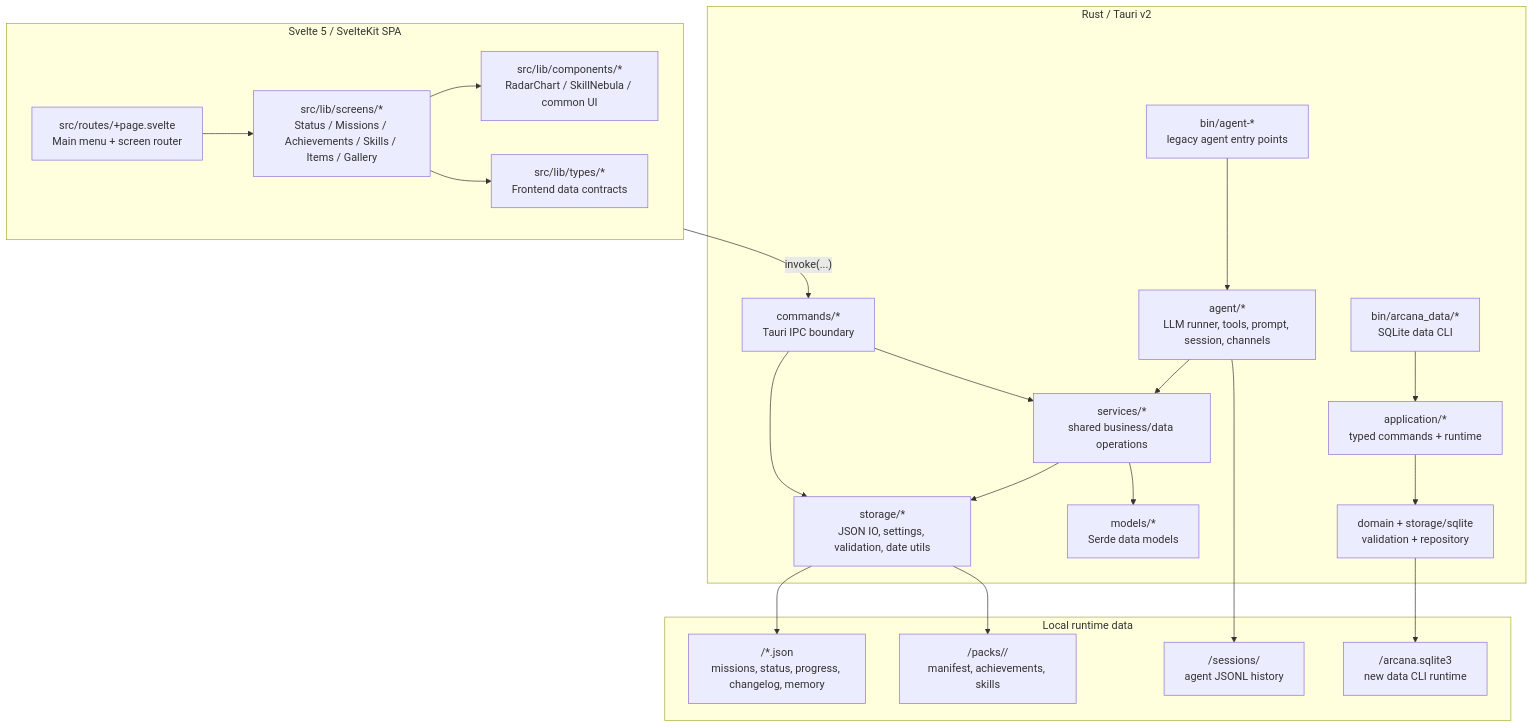
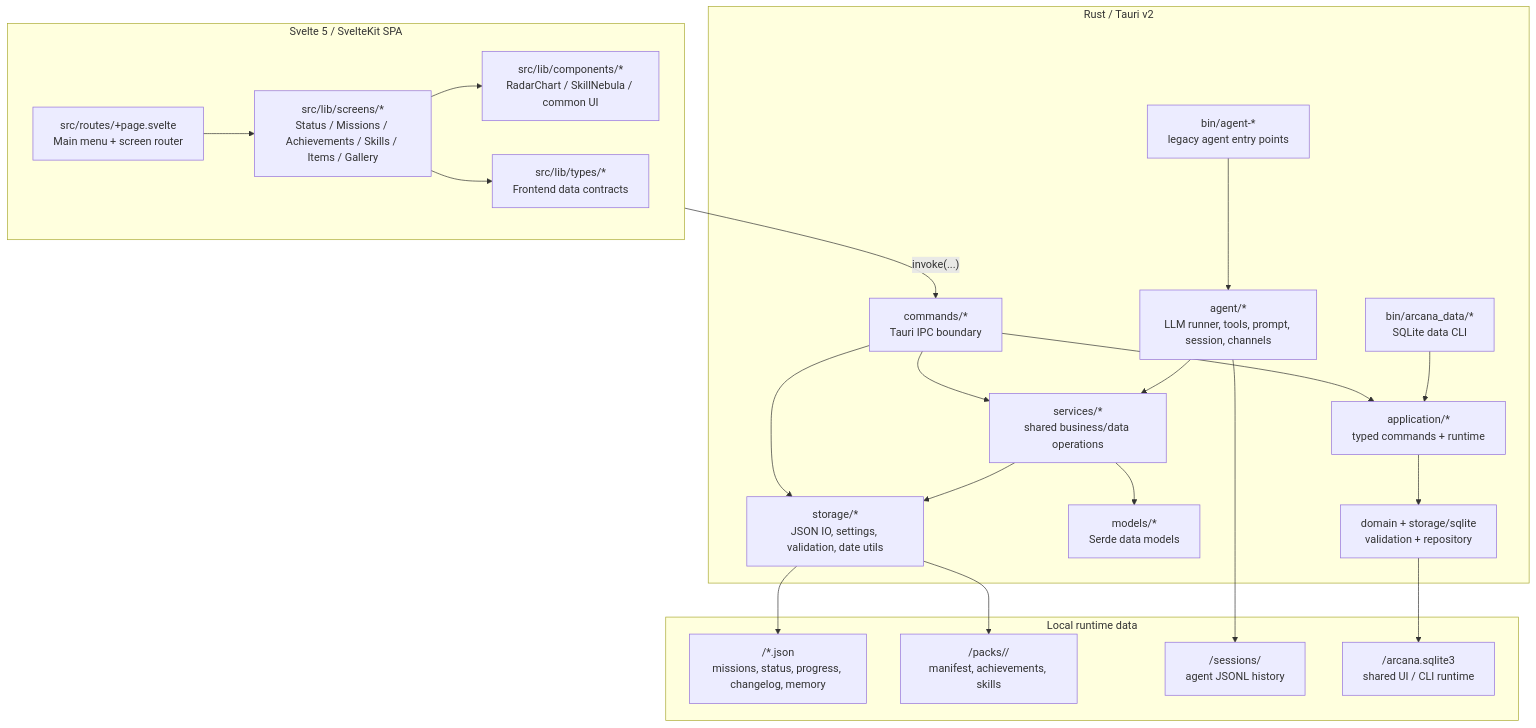
The first of 4 diagrams in docs/architecture.md (FollyCoolly/Arcana), drawn with Mermaid before and after one commit. The commit also changed other lines of this file and 27 other files, not shown here.

````diff
--- a/docs/architecture.md
+++ b/docs/architecture.md
@@ -28,45 +28,46 @@
 ```mermaid
 flowchart TB
     subgraph Frontend["Svelte 5 / SvelteKit SPA"]
         Main["src/routes/+page.svelte\nMain menu + screen router"]
         Screens["src/lib/screens/*\nStatus / Missions / Achievements / Skills / Items / Gallery"]
         Components["src/lib/components/*\nRadarChart / SkillNebula / common UI"]
         Types["src/lib/types/*\nFrontend data contracts"]
         Main --> Screens
         Screens --> Components
         Screens --> Types
     end
 
     subgraph Backend["Rust / Tauri v2"]
         TauriCommands["commands/*\nTauri IPC boundary"]
         Services["services/*\nshared business/data operations"]
         Storage["storage/*\nJSON IO, settings, validation, date utils"]
         Models["models/*\nSerde data models"]
         Agent["agent/*\nLLM runner, tools, prompt, session, channels"]
         AgentBins["bin/agent-*\nlegacy agent entry points"]
         DataCli["bin/arcana_data/*\nSQLite data CLI"]
         Application["application/*\ntyped commands + runtime"]
         Repository["domain + storage/sqlite\nvalidation + repository"]
     end
 
     subgraph Data["Local runtime data"]
         DataFiles["<data_dir>/*.json\nmissions, status, progress, changelog, memory"]
         Packs["<data_dir>/packs/<pack_id>/\nmanifest, achievements, skills"]
         Sessions["<data_dir>/sessions/\nagent JSONL history"]
-        RuntimeDb["<runtime_dir>/arcana.sqlite3\nnew data CLI runtime"]
+        RuntimeDb["<runtime_dir>/arcana.sqlite3\nshared UI / CLI runtime"]
     end
 
     Frontend -->|"invoke(...)"| TauriCommands
     TauriCommands --> Services
     TauriCommands --> Storage
+    TauriCommands --> Application
     Services --> Storage
     Services --> Models
     Storage --> DataFiles
     Storage --> Packs
     Agent --> Services
     AgentBins --> Agent
     DataCli --> Application
     Application --> Repository
     Repository --> RuntimeDb
     Agent --> Sessions
 ```
````
